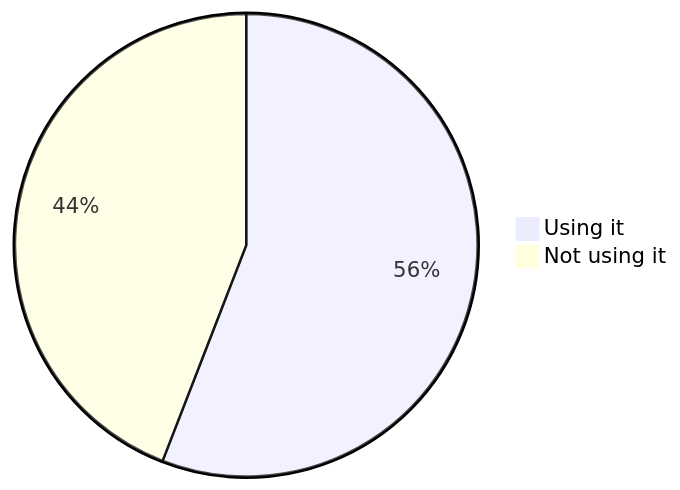
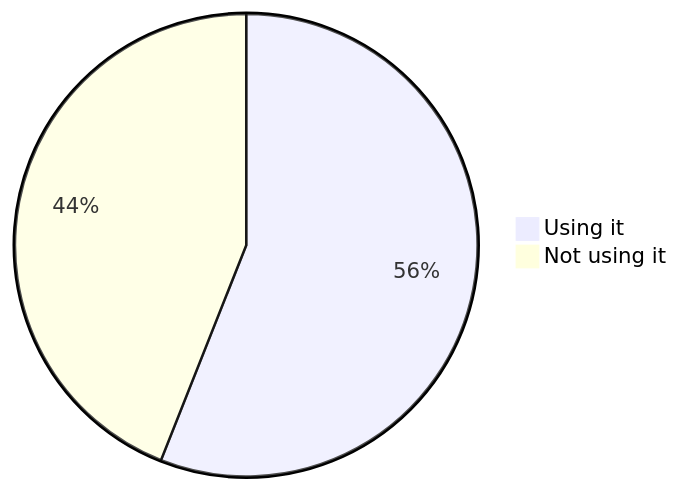
The second of 22 diagrams in stats.md (oshp/oshp-stats), drawn with Mermaid before and after one commit. The commit also changed other lines of this file, not shown here.

````diff
--- a/stats.md
+++ b/stats.md
@@ -22,6 +22,6 @@
 ```mermaid
 pie
-	"Using it" : 55.89
-	"Not using it" : 44.11
+	"Using it" : 56.01
+	"Not using it" : 43.99
 
 ```
````
